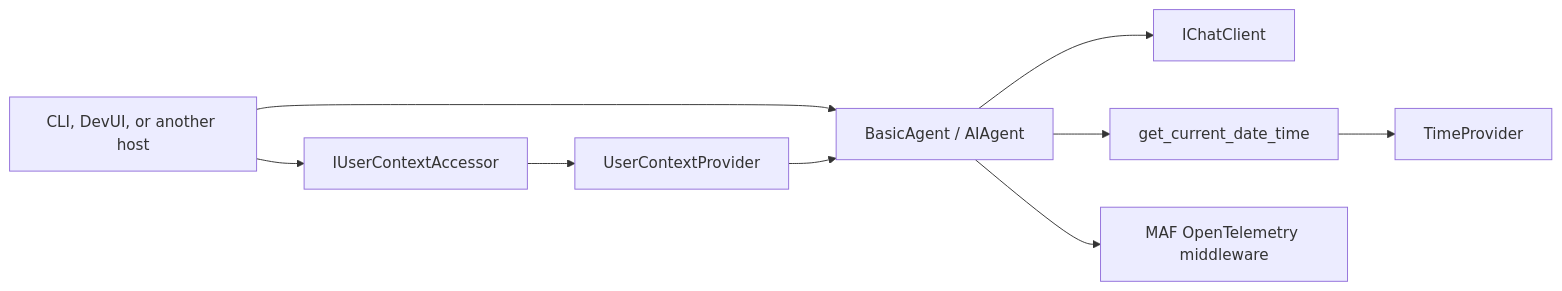
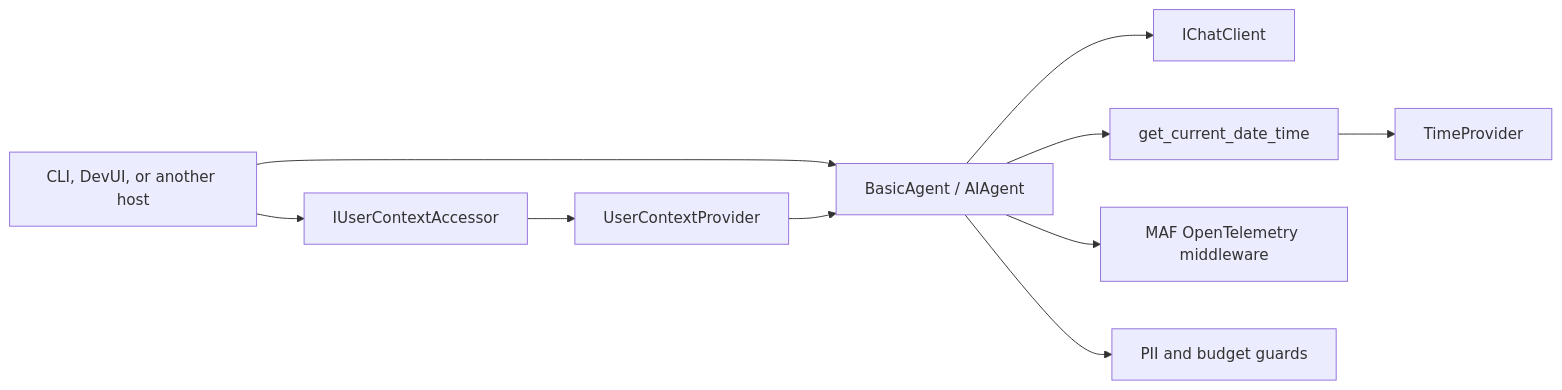
One commit to LautaroO/maf-playground changed the diagram in src/MafPlayground.AI/Agents/BasicAgent/README.md. Above: the diagram before and after it, drawn with Mermaid. The commit also changed other lines of this file and 49 other files, not shown here.

````diff
--- a/src/MafPlayground.AI/Agents/BasicAgent/README.md
+++ b/src/MafPlayground.AI/Agents/BasicAgent/README.md
@@ -10,11 +10,12 @@
 ```mermaid
 flowchart LR
     Host[CLI, DevUI, or another host] --> Context[IUserContextAccessor]
     Host --> Agent[BasicAgent / AIAgent]
     Context --> Provider[UserContextProvider]
     Provider --> Agent
     Agent --> Model[IChatClient]
     Agent --> Tool[get_current_date_time]
     Tool --> Time[TimeProvider]
     Agent --> Telemetry[MAF OpenTelemetry middleware]
+    Agent --> Guards[PII and budget guards]
 ```
````
